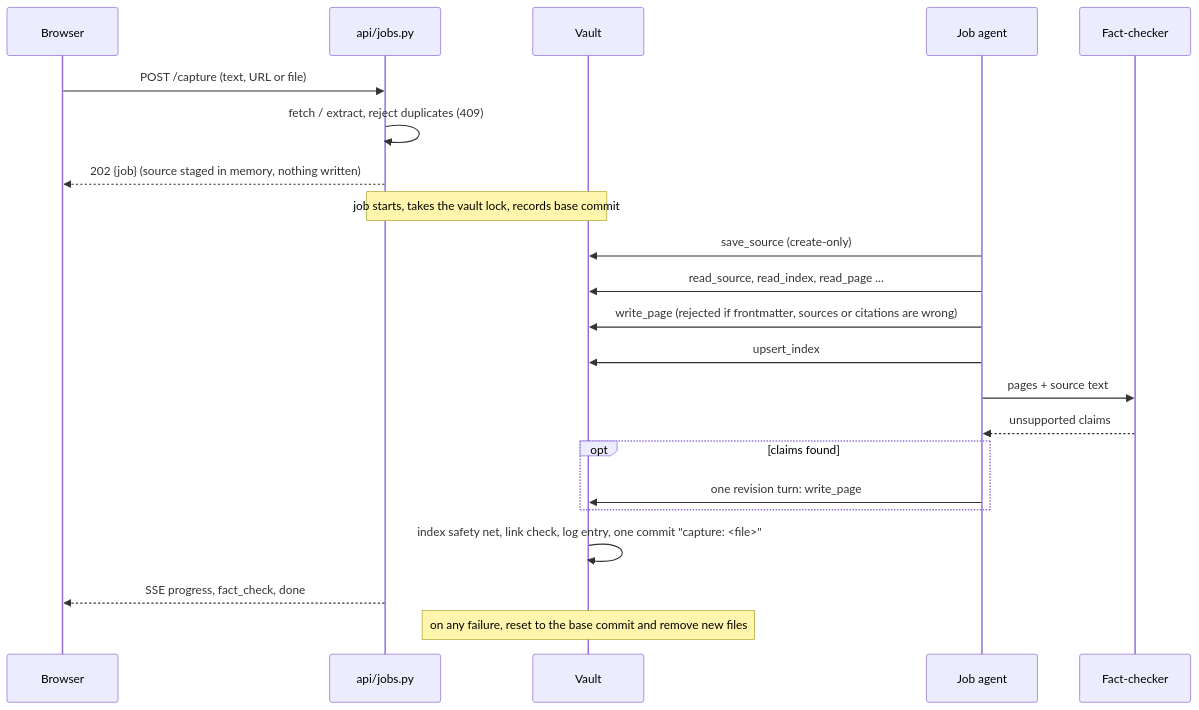
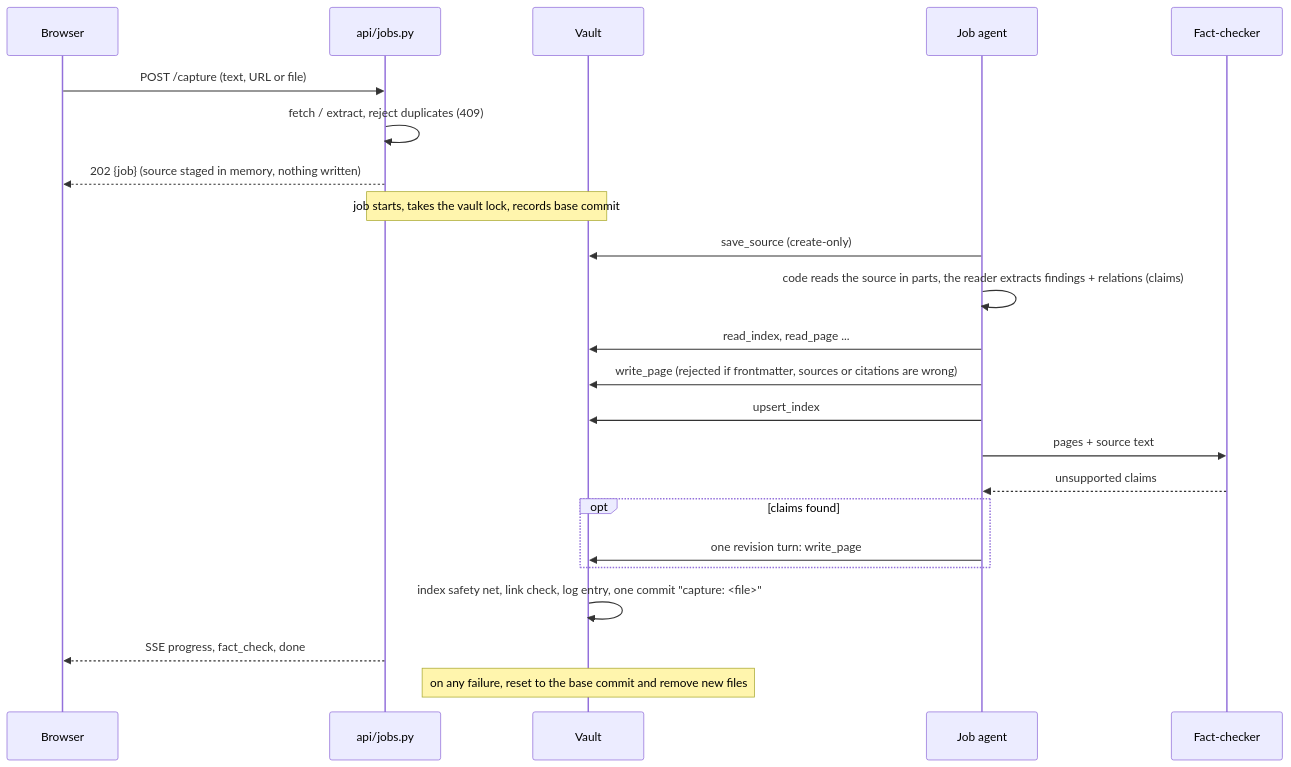
One commit to hainm112123/PhosphoChat changed the third of 3 diagrams in README.md. Above: the diagram before and after it, drawn with Mermaid. The commit also changed other lines of this file and 48 other files, not shown here.

````diff
--- a/README.md
+++ b/README.md
@@ -465,25 +468,26 @@
 ```mermaid
 sequenceDiagram
     participant UI as Browser
     participant API as api/jobs.py
     participant V as Vault
     participant J as Job agent
     participant F as Fact-checker
 
     UI->>API: POST /capture (text, URL or file)
     API->>API: fetch / extract, reject duplicates (409)
     API-->>UI: 202 {job} (source staged in memory, nothing written)
     Note over API,V: job starts, takes the vault lock, records base commit
     J->>V: save_source (create-only)
-    J->>V: read_source, read_index, read_page ...
+    J->>J: code reads the source in parts, the reader extracts findings + relations (claims)
+    J->>V: read_index, read_page ...
     J->>V: write_page (rejected if frontmatter, sources or citations are wrong)
     J->>V: upsert_index
     J->>F: pages + source text
     F-->>J: unsupported claims
     opt claims found
         J->>V: one revision turn: write_page
     end
     V->>V: index safety net, link check, log entry, one commit "capture: <file>"
     API-->>UI: SSE progress, fact_check, done
     Note over V: on any failure, reset to the base commit and remove new files
 ```
````
